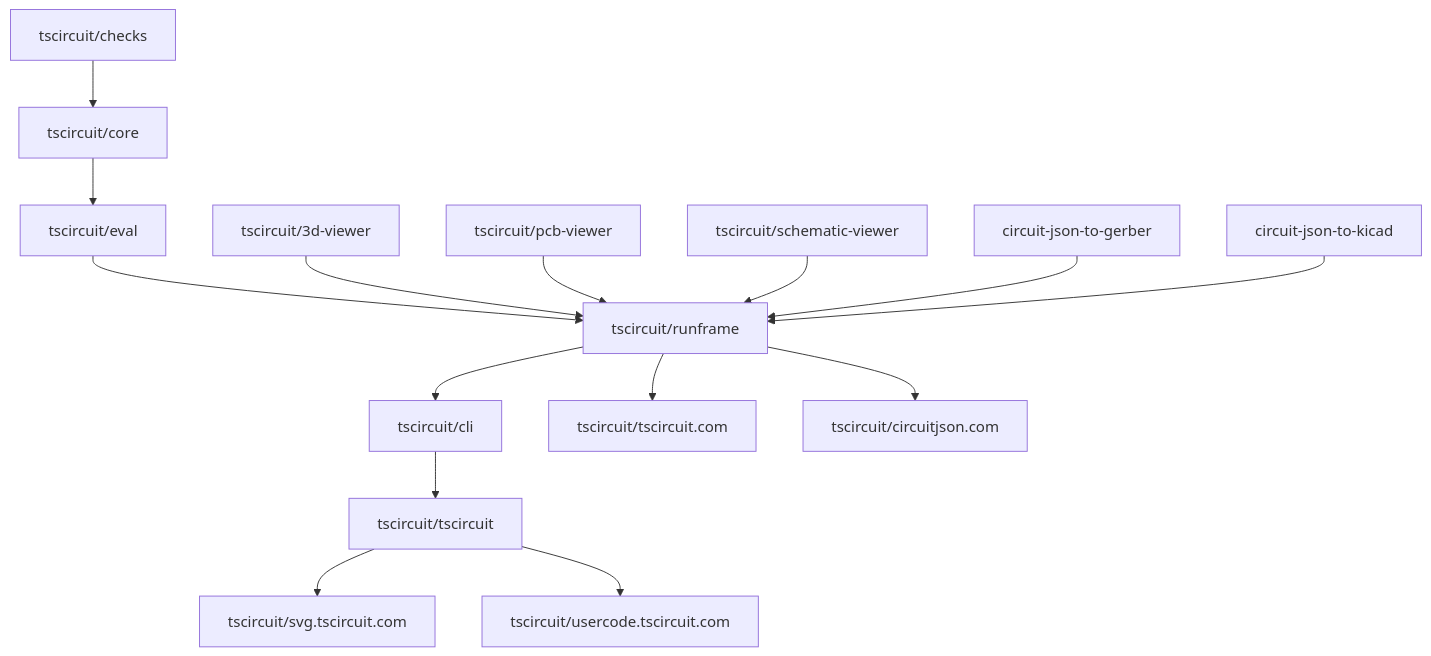
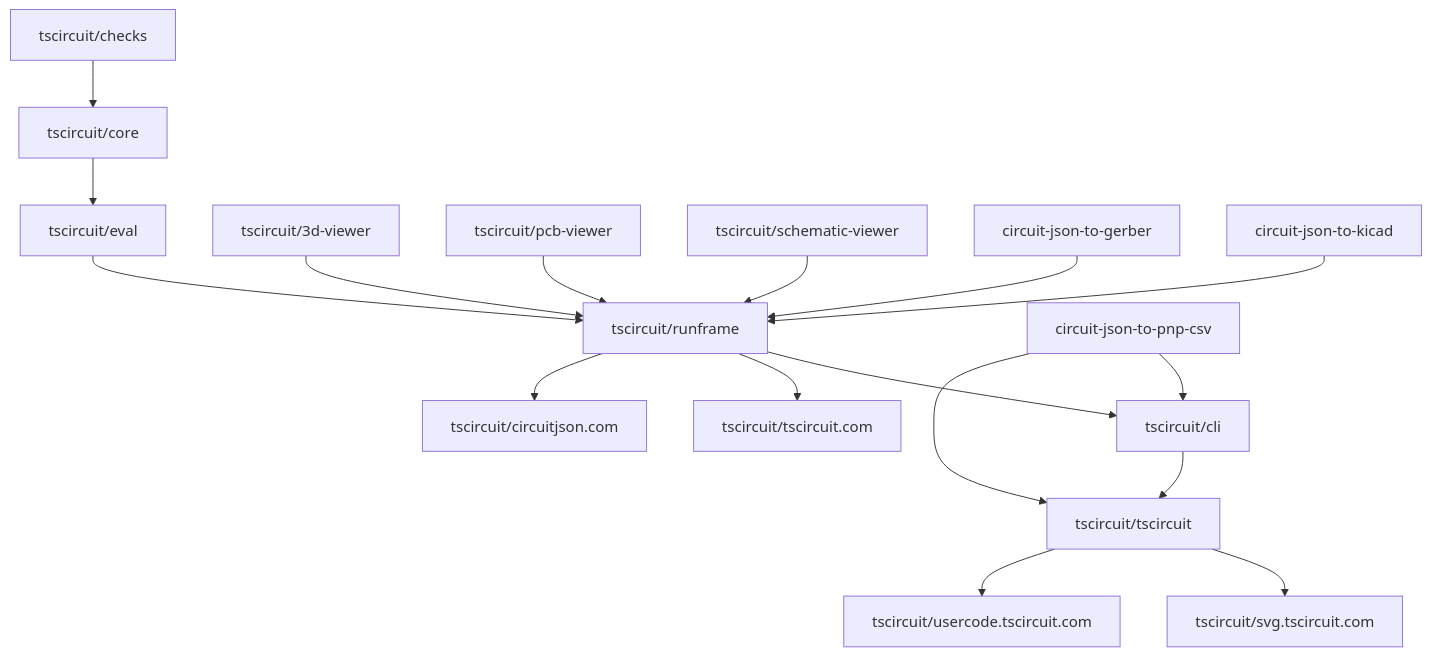
One commit to tscircuit/docs changed the diagram in docs/contributing/package-dependencies-and-auto-updates.mdx. Above: the diagram before and after it, drawn with Mermaid. The commit also changed other lines of this file, not shown here.

Commit message:
Document converter dependency updates for CLI and runtime

````diff
--- a/docs/contributing/package-dependencies-and-auto-updates.mdx
+++ b/docs/contributing/package-dependencies-and-auto-updates.mdx
@@ -14,43 +14,47 @@
 ```mermaid
 flowchart TD
 
     %% Checks to Core
     checks[tscircuit/checks] --> core[tscircuit/core]
 
     %% Core to Eval
     core[tscircuit/core] --> eval[tscircuit/eval]
 
     %% Eval to Runframe
     eval --> runframe[tscircuit/runframe]
 
     %% 3D Viewer to Runframe
     viewer3d[tscircuit/3d-viewer] --> runframe
 
     %% PCB Viewer to Runframe
     pcbviewer[tscircuit/pcb-viewer] --> runframe
 
     %% Schematic Viewer to Runframe
     schemaviewer[tscircuit/schematic-viewer] --> runframe
 
     %% Circuit JSON to Gerber to Runframe
     circuitjsontogerber[circuit-json-to-gerber] --> runframe
 
     %% Circuit JSON to KiCad to Runframe
     circuitjsontokicad[circuit-json-to-kicad] --> runframe
 
     %% Runframe to CLI
     runframe --> cli[tscircuit/cli]
 
     %% Runframe to tscircuit.com
     runframe --> tscircuitcom[tscircuit/tscircuit.com]
 
     %% Runframe to circuitjson.com
     runframe --> circuitjsoncom[tscircuit/circuitjson.com]
     
     %% CLI to Tscircuit
     cli --> tscircuit[tscircuit/tscircuit]
 
+    %% PnP converter supplies the CLI development dependency and tscircuit runtime dependency
+    pnp[circuit-json-to-pnp-csv] --> cli
+    pnp --> tscircuit
+
     %% Tscircuit to web services
     tscircuit --> svg[tscircuit/svg.tscircuit.com]
     tscircuit --> usercode[tscircuit/usercode.tscircuit.com]
 ```
````
